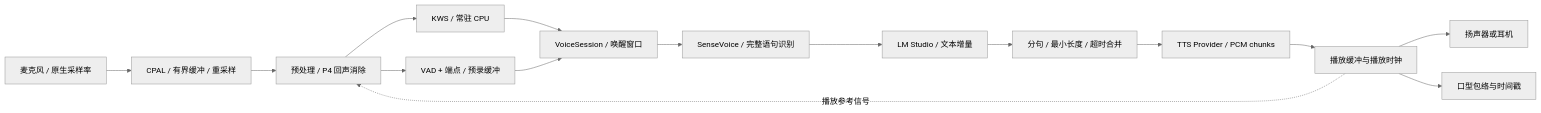
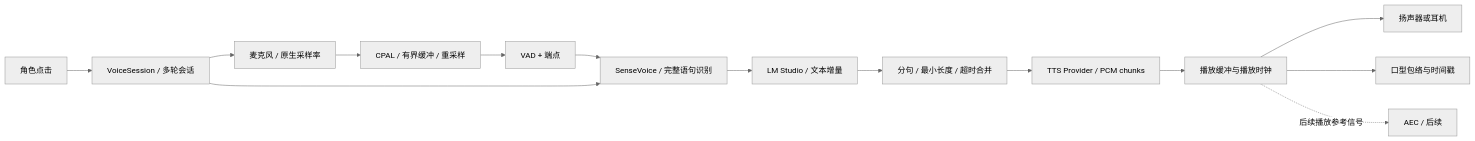
Before and after one commit to Abandon-ht/DesktopPet: the diagram in docs/04-voice-and-compute.md, drawn with Mermaid (neutral theme). The commit also changed other lines of this file and 21 other files, not shown here.

````diff
--- a/docs/04-voice-and-compute.md
+++ b/docs/04-voice-and-compute.md
@@ -9,17 +9,16 @@
 ```mermaid
 flowchart LR
-  MIC[麦克风 / 原生采样率] --> IO[CPAL / 有界缓冲 / 重采样]
-  IO --> PRE[预处理 / P4 回声消除]
-  PRE --> KWS[KWS / 常驻 CPU]
-  PRE --> VAD[VAD + 端点 / 预录缓冲]
-  KWS --> SESSION[VoiceSession / 唤醒窗口]
-  VAD --> SESSION
+  CLICK[角色点击] --> SESSION[VoiceSession / 多轮会话]
+  SESSION --> MIC[麦克风 / 原生采样率]
+  MIC --> IO[CPAL / 有界缓冲 / 重采样]
+  IO --> VAD[VAD + 端点]
+  VAD --> ASR
   SESSION --> ASR[SenseVoice / 完整语句识别]
   ASR --> LLM[LM Studio / 文本增量]
   LLM --> SEG[分句 / 最小长度 / 超时合并]
   SEG --> TTS[TTS Provider / PCM chunks]
   TTS --> OUT[播放缓冲与播放时钟]
   OUT --> SPEAKER[扬声器或耳机]
   OUT --> LIP[口型包络与时间戳]
-  OUT -. 播放参考信号 .-> PRE
+  OUT -. 后续播放参考信号 .-> AEC[AEC / 后续]
 ```
````
